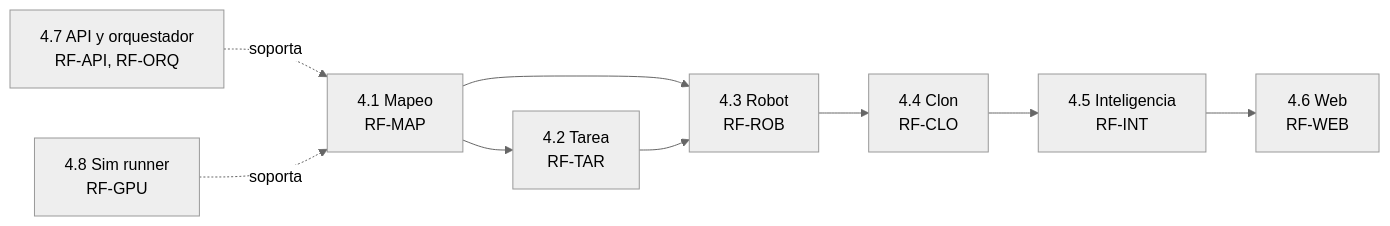
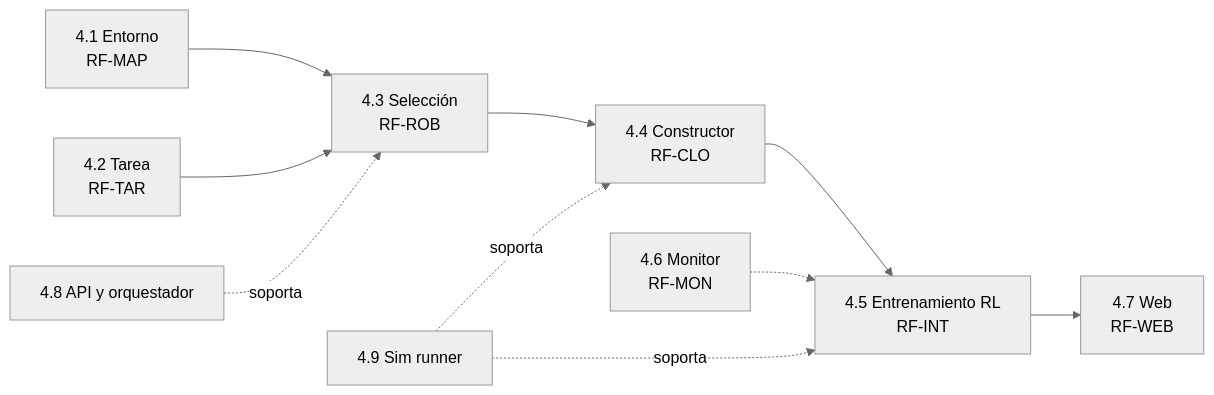
The third of 7 diagrams in docs/requerimientos.md (platanus-hack/platanus-hack-26-cl-team-4), drawn with Mermaid (neutral theme) before and after one commit. The commit also changed other lines of this file and 17 other files, not shown here.

````diff
--- a/docs/requerimientos.md
+++ b/docs/requerimientos.md
@@ -102,11 +94,11 @@
 ```mermaid
 flowchart LR
-  MAP["4.1 Mapeo<br/>RF-MAP"] --> TAR["4.2 Tarea<br/>RF-TAR"]
-  MAP --> ROB["4.3 Robot<br/>RF-ROB"]
-  TAR --> ROB
-  ROB --> CLO["4.4 Clon<br/>RF-CLO"]
-  CLO --> INT["4.5 Inteligencia<br/>RF-INT"]
-  INT --> WEB["4.6 Web<br/>RF-WEB"]
-  API["4.7 API y orquestador<br/>RF-API, RF-ORQ"] -.soporta.-> MAP
-  GPU["4.8 Sim runner<br/>RF-GPU"] -.soporta.-> MAP
+  MAP["4.1 Entorno<br/>RF-MAP"] --> ROB["4.3 Selección<br/>RF-ROB"]
+  TAR["4.2 Tarea<br/>RF-TAR"] --> ROB
+  ROB --> CLO["4.4 Constructor<br/>RF-CLO"]
+  CLO --> INT["4.5 Entrenamiento RL<br/>RF-INT"]
+  MON["4.6 Monitor<br/>RF-MON"] -.-> INT
+  INT --> WEB["4.7 Web<br/>RF-WEB"]
+  API["4.8 API y orquestador"] -.soporta.-> ROB
+  GPU["4.9 Sim runner"] -.soporta.-> CLO & INT
 ```
````
